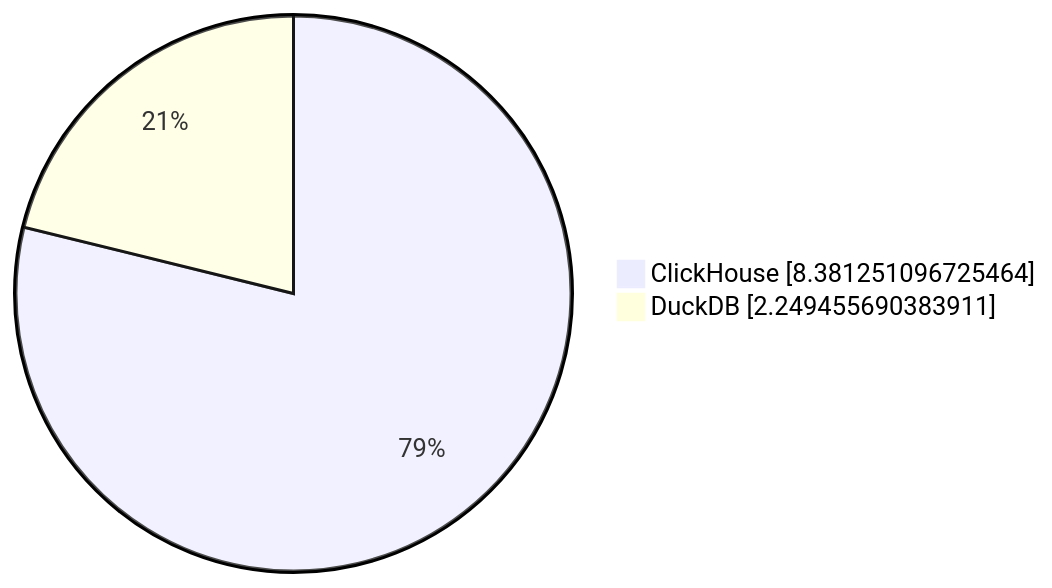
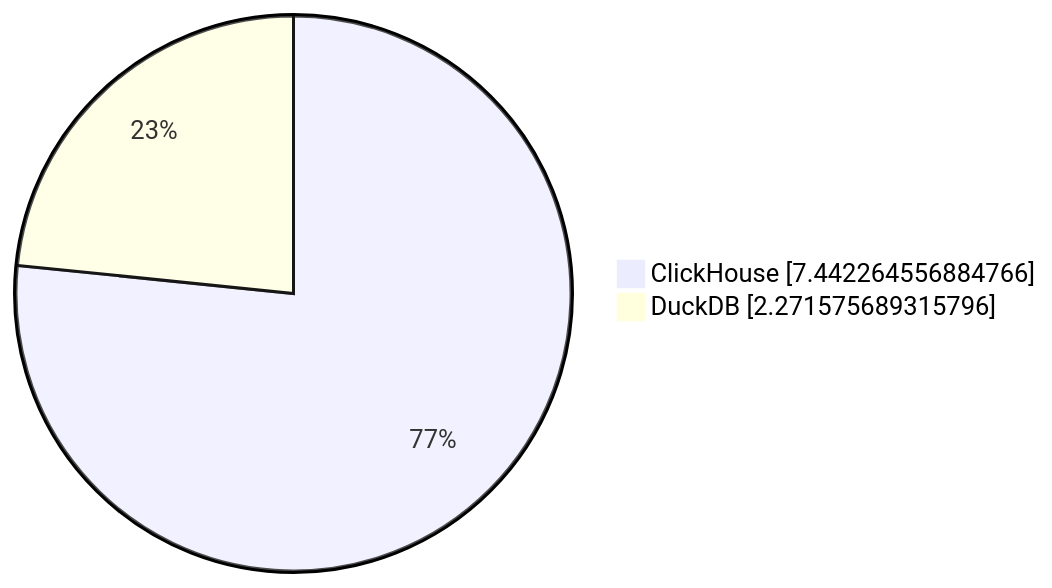
The fifth of 7 diagrams in parquet/performance/results/nyc_taxi/23.11.1.2711-alpine/README.md (Altinity/clickhouse-regression), drawn with Mermaid before and after one commit. The commit also changed other lines of this file and 8 other files, not shown here.

````diff
--- a/parquet/performance/results/nyc_taxi/23.11.1.2711-alpine/README.md
+++ b/parquet/performance/results/nyc_taxi/23.11.1.2711-alpine/README.md
@@ -50,5 +50,5 @@
 ```mermaid
      pie showData
-         "ClickHouse" : 8.381251096725464
-         "DuckDB" : 2.249455690383911
+         "ClickHouse" : 7.442264556884766
+         "DuckDB" : 2.271575689315796
 ```
````
